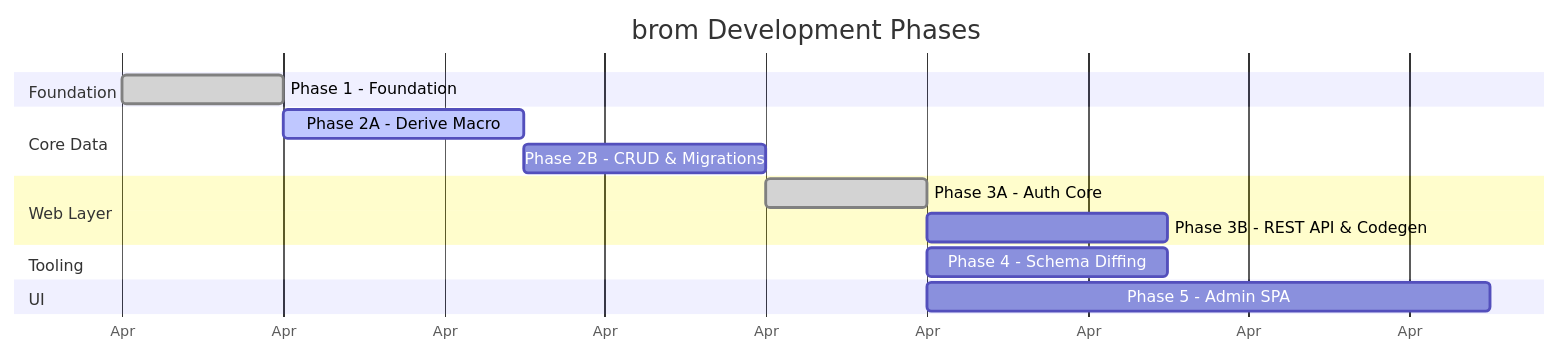
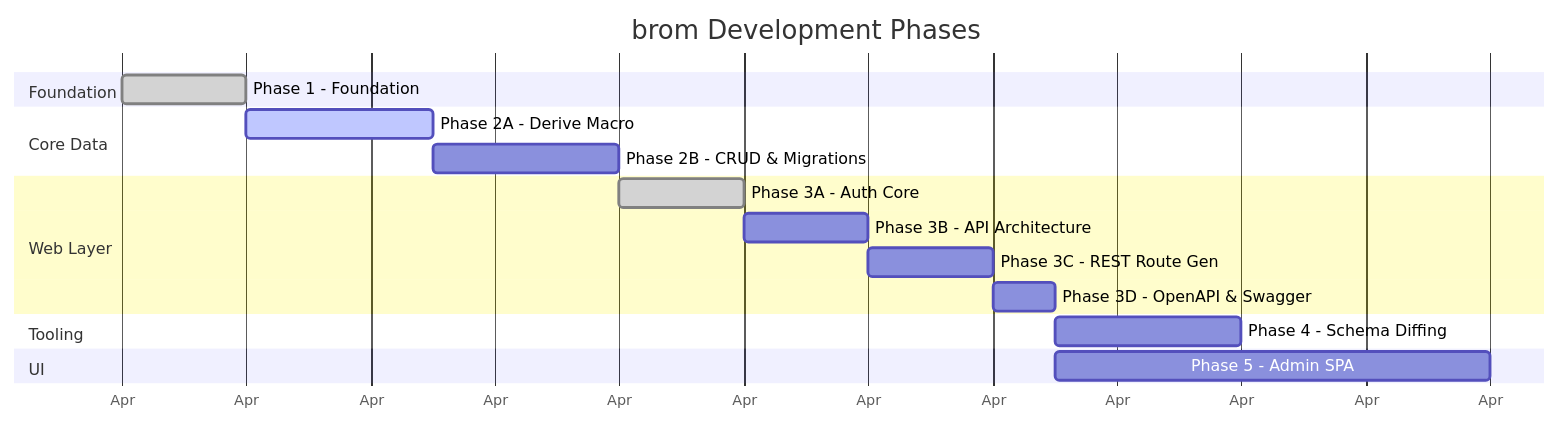
One commit to wends155/brom changed the first of 2 diagrams in roadmap.md. Above: the diagram before and after it, drawn with Mermaid. The commit also changed other lines of this file and 1 other file, not shown here.

Commit message:
docs: split Phase 3B into 3B, 3C, and 3D in roadmap

````diff
--- a/roadmap.md
+++ b/roadmap.md
@@ -34,23 +34,25 @@
 ```mermaid
 gantt
     title brom Development Phases
     dateFormat YYYY-MM-DD
     axisFormat %b
 
     section Foundation
     Phase 1 - Foundation           :done, p1, 2026-04-01, 2d
 
     section Core Data
     Phase 2A - Derive Macro        :active, p2a, after p1, 3d
     Phase 2B - CRUD & Migrations   :p2b, after p2a, 3d
 
     section Web Layer
     Phase 3A - Auth Core           :done, p3a, after p2b, 2d
-    Phase 3B - REST API & Codegen  :p3b, after p3a, 3d
+    Phase 3B - API Architecture    :p3b, after p3a, 2d
+    Phase 3C - REST Route Gen      :p3c, after p3b, 2d
+    Phase 3D - OpenAPI & Swagger   :p3d, after p3c, 1d
 
     section Tooling
-    Phase 4 - Schema Diffing       :p4, after p3, 3d
+    Phase 4 - Schema Diffing       :p4, after p3d, 3d
 
     section UI
-    Phase 5 - Admin SPA            :p5, after p3, 7d
+    Phase 5 - Admin SPA            :p5, after p3d, 7d
 ```
````
